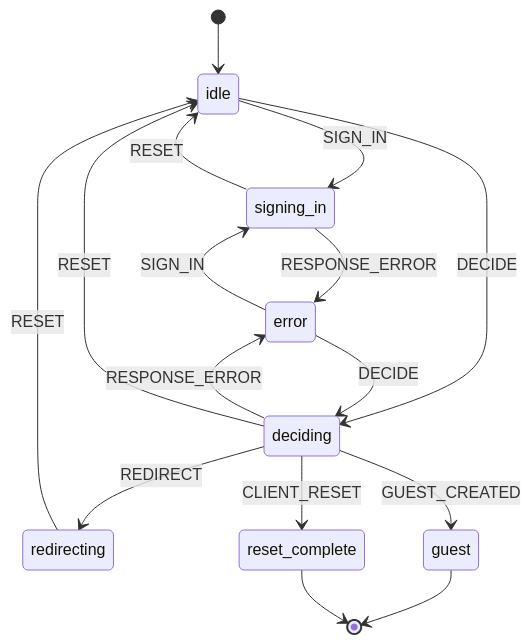
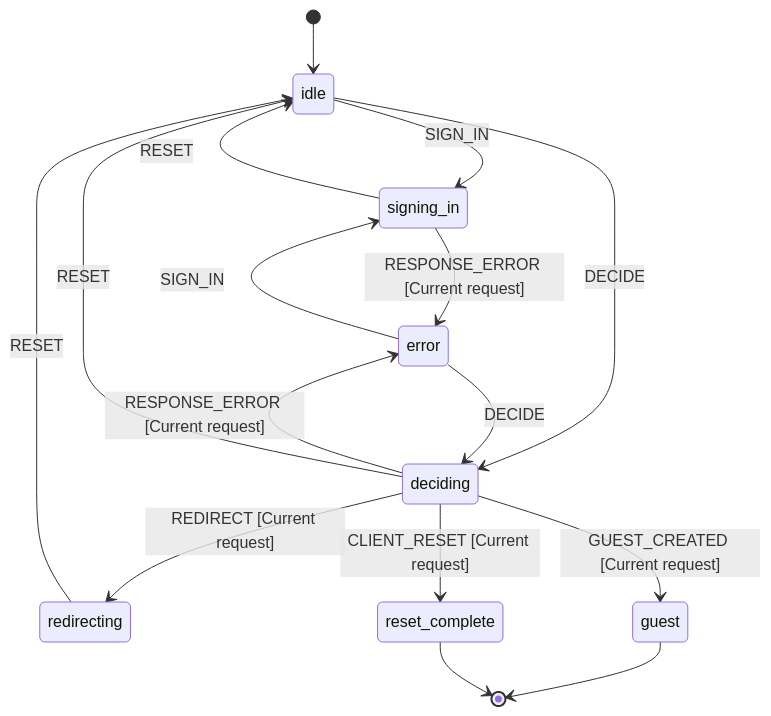
One commit to kody-hq/kody changed diagram 42 of 52 in docs/contributing/state-machines.md. Above: the diagram before and after it, drawn with Mermaid. The commit also changed other lines of this file and 100 other files, not shown here.

````diff
--- a/docs/contributing/state-machines.md
+++ b/docs/contributing/state-machines.md
@@ -1481,18 +1481,18 @@
 ```mermaid
 stateDiagram-v2
     [*] --> idle
     idle --> signing_in: SIGN_IN
     idle --> deciding: DECIDE
-    signing_in --> error: RESPONSE_ERROR
+    signing_in --> error: RESPONSE_ERROR [Current request]
     signing_in --> idle: RESET
-    deciding --> error: RESPONSE_ERROR
-    deciding --> redirecting: REDIRECT
-    deciding --> guest: GUEST_CREATED
-    deciding --> reset_complete: CLIENT_RESET
+    deciding --> error: RESPONSE_ERROR [Current request]
+    deciding --> redirecting: REDIRECT [Current request]
+    deciding --> guest: GUEST_CREATED [Current request]
+    deciding --> reset_complete: CLIENT_RESET [Current request]
     deciding --> idle: RESET
     error --> signing_in: SIGN_IN
     error --> deciding: DECIDE
     redirecting --> idle: RESET
     guest --> [*]
     reset_complete --> [*]
 ```
````
